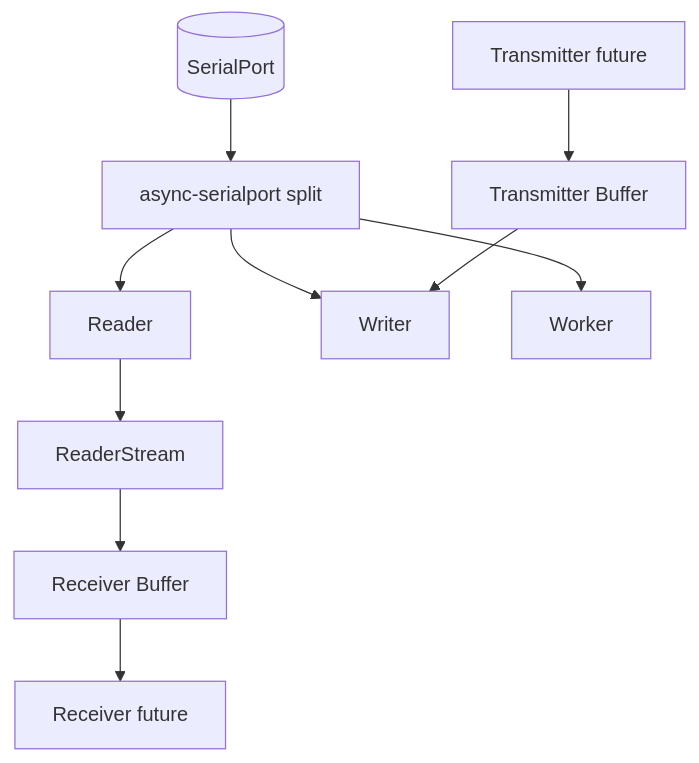
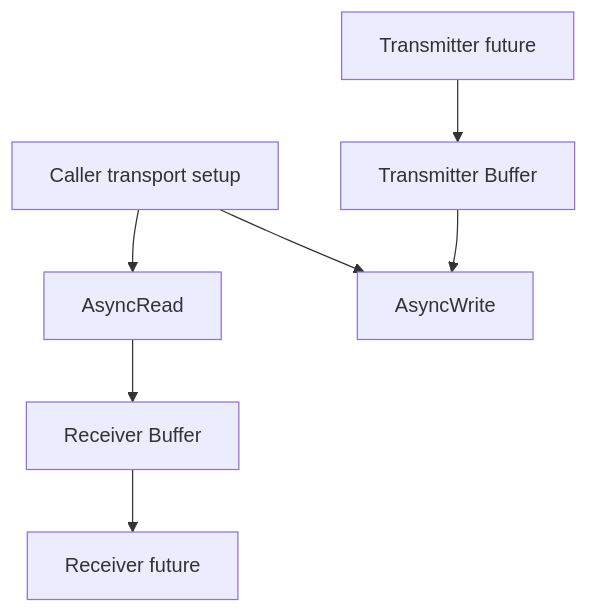
One commit to PaulmannLighting/ashv2 changed the fourth of 5 diagrams in ARCHITECTURE.md. Above: the diagram before and after it, drawn with Mermaid. The commit also changed other lines of this file and 8 other files, not shown here.

````diff
--- a/ARCHITECTURE.md
+++ b/ARCHITECTURE.md
@@ -155,23 +154,17 @@
 ```mermaid
 flowchart TD
-    Port[(SerialPort)]
-    Split[async-serialport split]
-    Reader[Reader]
-    Writer[Writer]
-    Worker[Worker]
-    Chunks[ReaderStream]
+    Setup[Caller transport setup]
+    Reader[AsyncRead]
+    Writer[AsyncWrite]
     RxBuffer[Receiver Buffer]
     TxBuffer[Transmitter Buffer]
     Receiver[Receiver future]
     Transmitter[Transmitter future]
 
-    Port --> Split
-    Split --> Reader
-    Split --> Writer
-    Split --> Worker
-    Reader --> Chunks
-    Chunks --> RxBuffer
+    Setup --> Reader
+    Setup --> Writer
+    Reader --> RxBuffer
     RxBuffer --> Receiver
     Transmitter --> TxBuffer
     TxBuffer --> Writer
 ```
````
